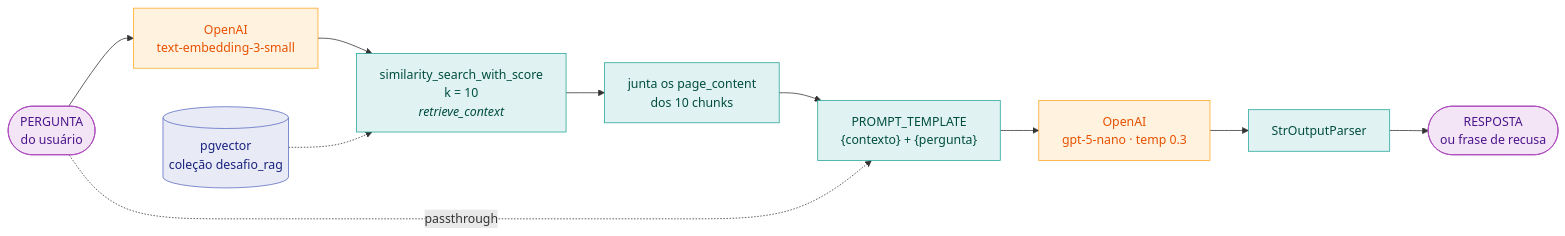
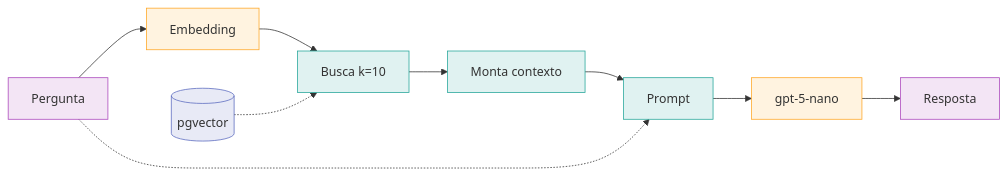
One commit to joaovmeneses/mba-ia-desafio-ingestao-busca changed the second of 3 diagrams in docs/flow.md. Above: the diagram before and after it, drawn with Mermaid. The commit also changed other lines of this file, not shown here.

First line of the commit message:
docs: simplifica os diagramas para renderizacao ampla

````diff
--- a/docs/flow.md
+++ b/docs/flow.md
@@ -46,26 +46,24 @@
 ```mermaid
 flowchart LR
-    Q(["PERGUNTA<br/>do usuário"])
-    EMBQ["OpenAI<br/>text-embedding-3-small"]
-    SEARCH["similarity_search_with_score<br/>k = 10<br/><i>retrieve_context</i>"]
-    DB[("pgvector<br/>coleção desafio_rag")]
-    JOIN["junta os page_content<br/>dos 10 chunks"]
-    PROMPT["PROMPT_TEMPLATE<br/>{contexto} + {pergunta}"]
-    LLM["OpenAI<br/>gpt-5-nano · temp 0.3"]
-    PARSE["StrOutputParser"]
-    A(["RESPOSTA<br/>ou frase de recusa"])
+    Q[Pergunta]
+    E[Embedding]
+    S[Busca k=10]
+    DB[(pgvector)]
+    C[Monta contexto]
+    P[Prompt]
+    L[gpt-5-nano]
+    R[Resposta]
 
-    Q --> EMBQ --> SEARCH
-    DB -.-> SEARCH
-    SEARCH --> JOIN --> PROMPT --> LLM --> PARSE --> A
-    Q -.->|passthrough| PROMPT
+    Q --> E --> S --> C --> P --> L --> R
+    DB -.-> S
+    Q -.-> P
 
-    classDef io fill:#f3e5f5,stroke:#ab47bc,color:#4a148c
-    classDef step fill:#e0f2f1,stroke:#26a69a,color:#004d40
-    classDef ext fill:#fff3e0,stroke:#ffa726,color:#e65100
-    classDef file fill:#e8eaf6,stroke:#5c6bc0,color:#1a237e
-    class Q,A io
-    class SEARCH,JOIN,PROMPT,PARSE step
-    class EMBQ,LLM ext
-    class DB file
+    classDef dado fill:#e8eaf6,stroke:#5c6bc0
+    classDef passo fill:#e0f2f1,stroke:#26a69a
+    classDef api fill:#fff3e0,stroke:#ffa726
+    classDef io fill:#f3e5f5,stroke:#ab47bc
+    class Q,R io
+    class S,C,P passo
+    class E,L api
+    class DB dado
 ```
````
